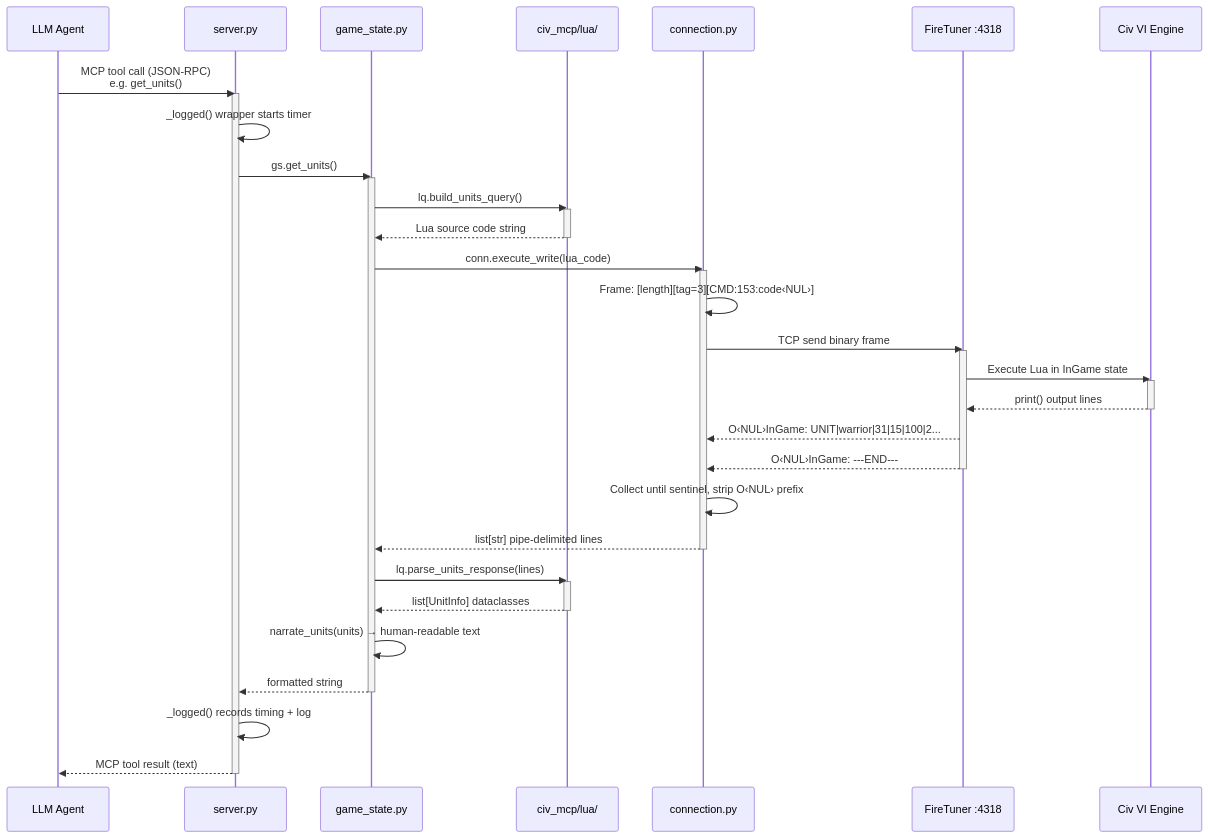
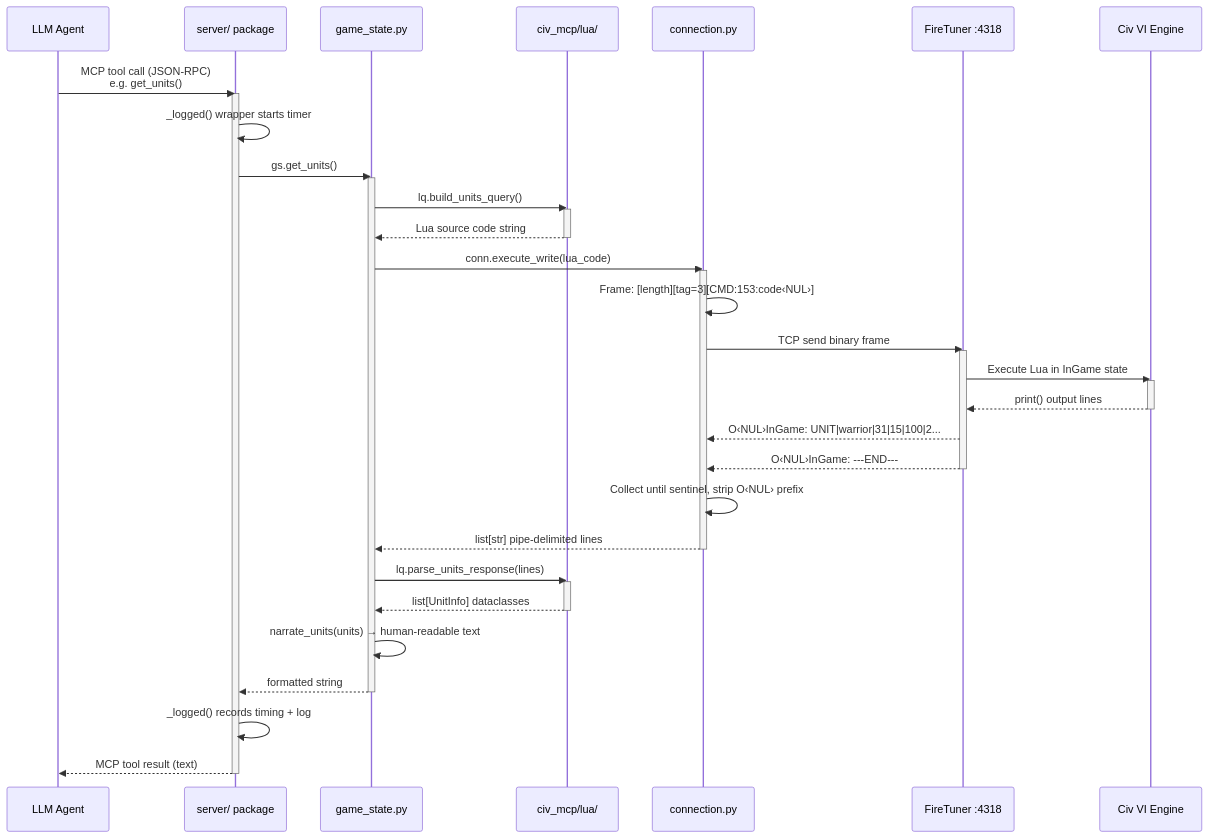
One commit to Harryleft/auto-civ6 changed the second of 5 diagrams in docs/architecture-diagrams.md. Above: the diagram before and after it, drawn with Mermaid. The commit also changed other lines of this file and 22 other files, not shown here.

````diff
--- a/docs/architecture-diagrams.md
+++ b/docs/architecture-diagrams.md
@@ -131,51 +131,51 @@
 ```mermaid
 sequenceDiagram
     participant Agent as LLM Agent
-    participant MCP as server.py
+    participant MCP as server/ package
     participant GS as game_state.py
     participant LQ as civ_mcp/lua/
     participant Conn as connection.py
     participant FT as FireTuner :4318
     participant Civ as Civ VI Engine
 
     Agent->>MCP: MCP tool call (JSON-RPC)<br/>e.g. get_units()
     activate MCP
     MCP->>MCP: _logged() wrapper starts timer
 
     MCP->>GS: gs.get_units()
     activate GS
 
     GS->>LQ: lq.build_units_query()
     activate LQ
     LQ-->>GS: Lua source code string
     deactivate LQ
 
     GS->>Conn: conn.execute_write(lua_code)
     activate Conn
     Conn->>Conn: Frame: [length][tag=3][CMD:153:code‹NUL›]
     Conn->>FT: TCP send binary frame
     activate FT
     FT->>Civ: Execute Lua in InGame state
     activate Civ
     Civ-->>FT: print() output lines
     deactivate Civ
     FT-->>Conn: O‹NUL›InGame: UNIT|warrior|31|15|100|2...
     FT-->>Conn: O‹NUL›InGame: ---END---
     deactivate FT
     Conn->>Conn: Collect until sentinel, strip O‹NUL› prefix
     Conn-->>GS: list[str] pipe-delimited lines
     deactivate Conn
 
     GS->>LQ: lq.parse_units_response(lines)
     activate LQ
     LQ-->>GS: list[UnitInfo] dataclasses
     deactivate LQ
 
     GS->>GS: narrate_units(units) → human-readable text
     GS-->>MCP: formatted string
     deactivate GS
 
     MCP->>MCP: _logged() records timing + log
     MCP-->>Agent: MCP tool result (text)
     deactivate MCP
 ```
````
